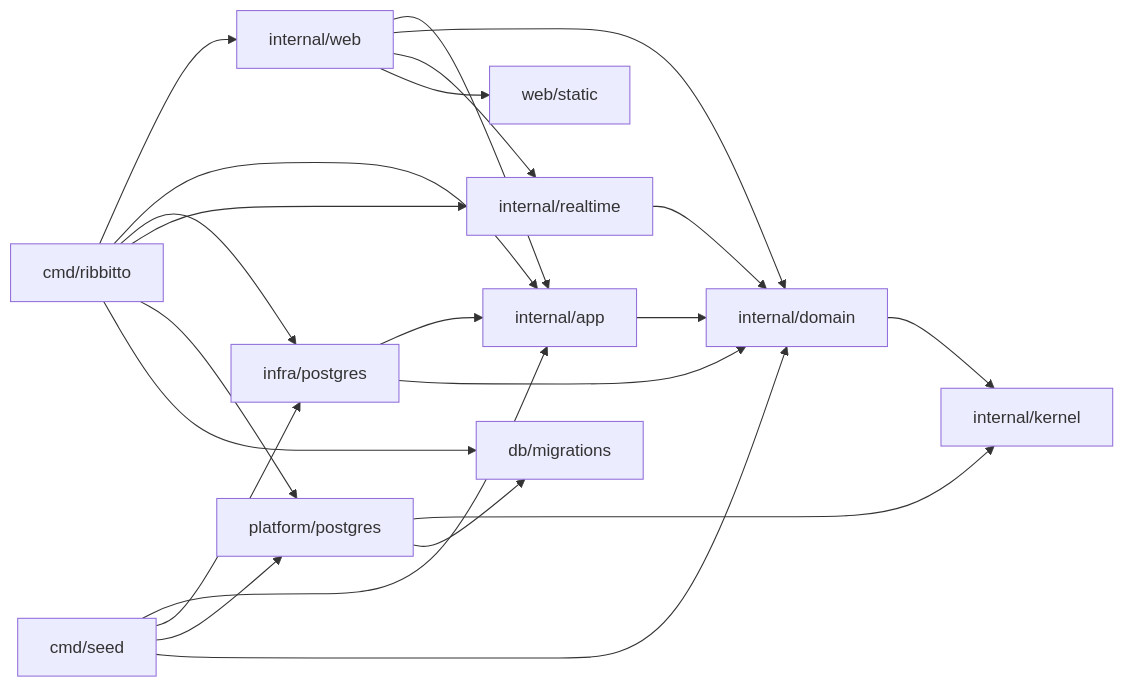
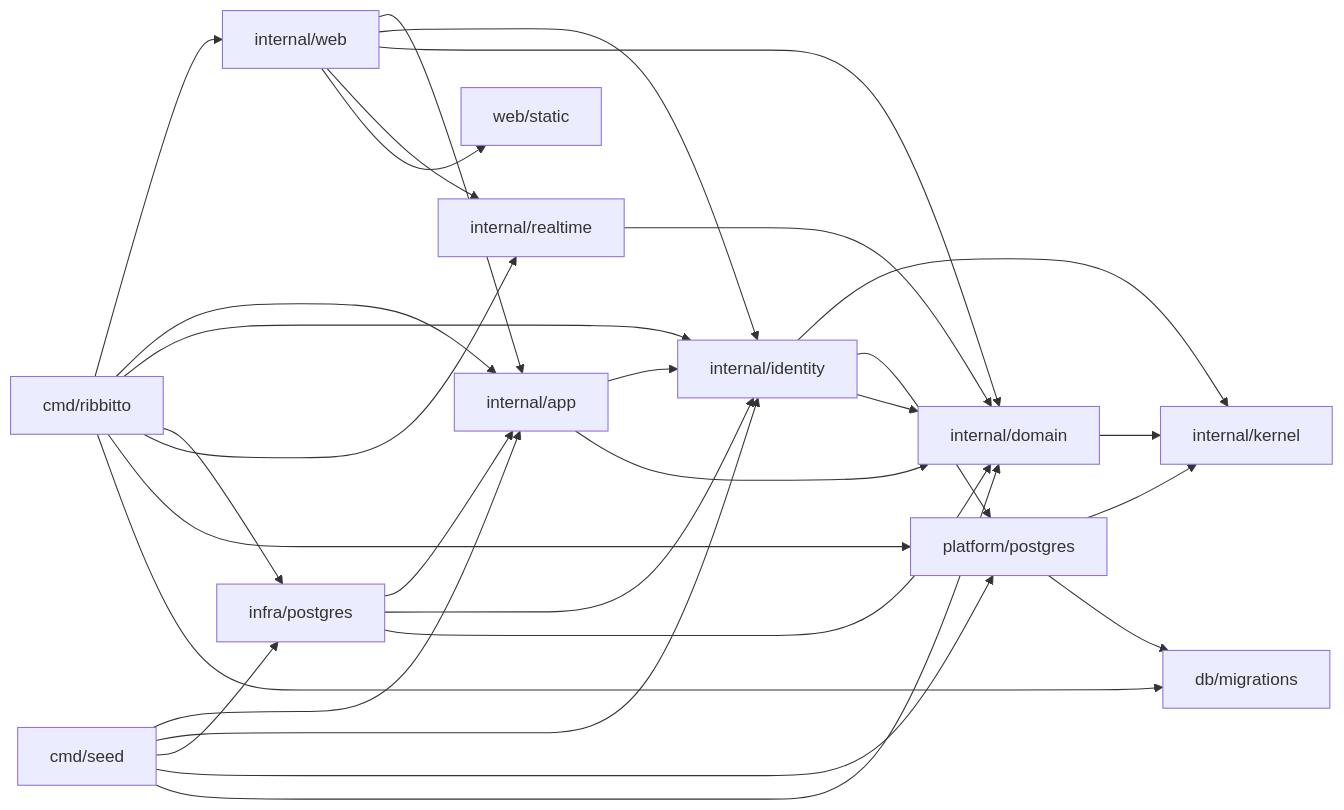
One commit to tkakkie/ribbitto changed the diagram in docs/architecture/packages.md. Above: the diagram before and after it, drawn with Mermaid. The commit also changed 1 other file, not shown here.

Commit message:
docs(architecture): show identity in the allowed-import diagram

````diff
--- a/docs/architecture/packages.md
+++ b/docs/architecture/packages.md
@@ -60,11 +60,12 @@
 ```mermaid
 flowchart LR
-  cmd[cmd/ribbitto] --> web & app & postgres[infra/postgres] & realtime & platform[platform/postgres] & migrations[db/migrations]
-  seed[cmd/seed] --> app & postgres & platform & domain
-  web[internal/web] --> app & domain & realtime & static[web/static]
-  postgres --> app & domain
+  cmd[cmd/ribbitto] --> web & app & identity & postgres[infra/postgres] & realtime & platform[platform/postgres] & migrations[db/migrations]
+  seed[cmd/seed] --> app & identity & postgres & platform & domain
+  web[internal/web] --> app & identity & domain & realtime & static[web/static]
+  postgres --> app & identity & domain
   realtime[internal/realtime] --> domain
-  app[internal/app] --> domain[internal/domain]
+  app[internal/app] --> identity & domain[internal/domain]
+  identity[internal/identity] --> kernel & platform & domain
   domain --> kernel[internal/kernel]
   platform --> kernel & migrations
 ```
````
